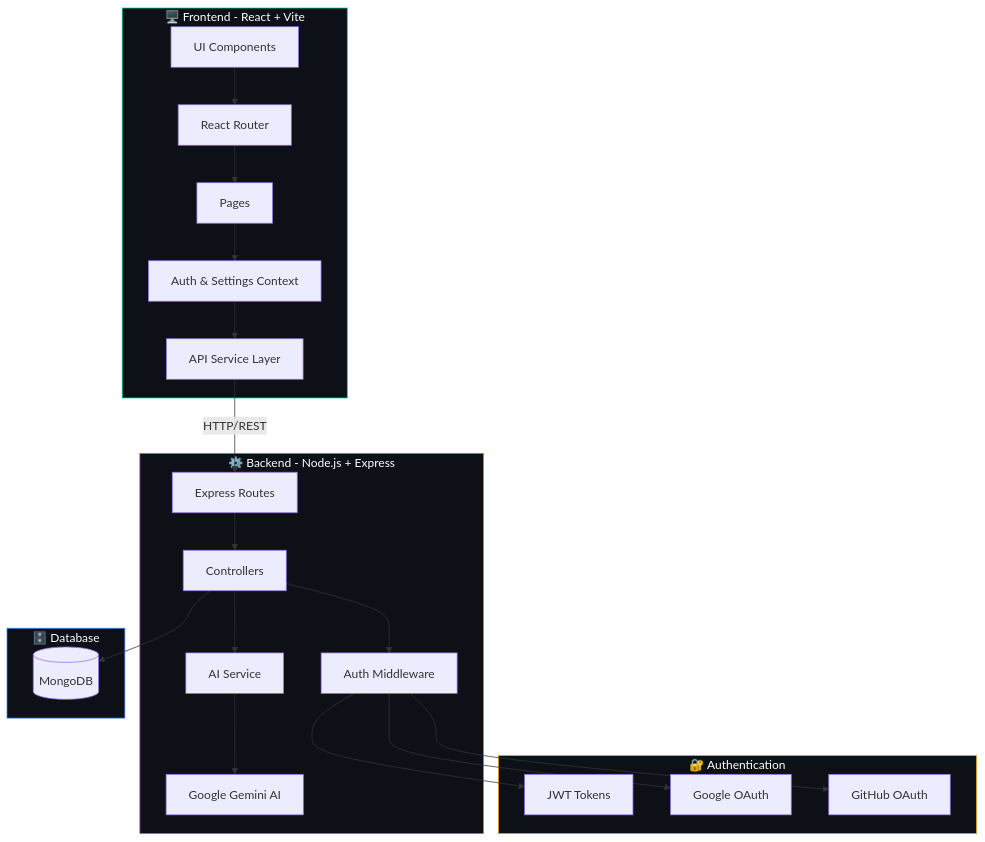
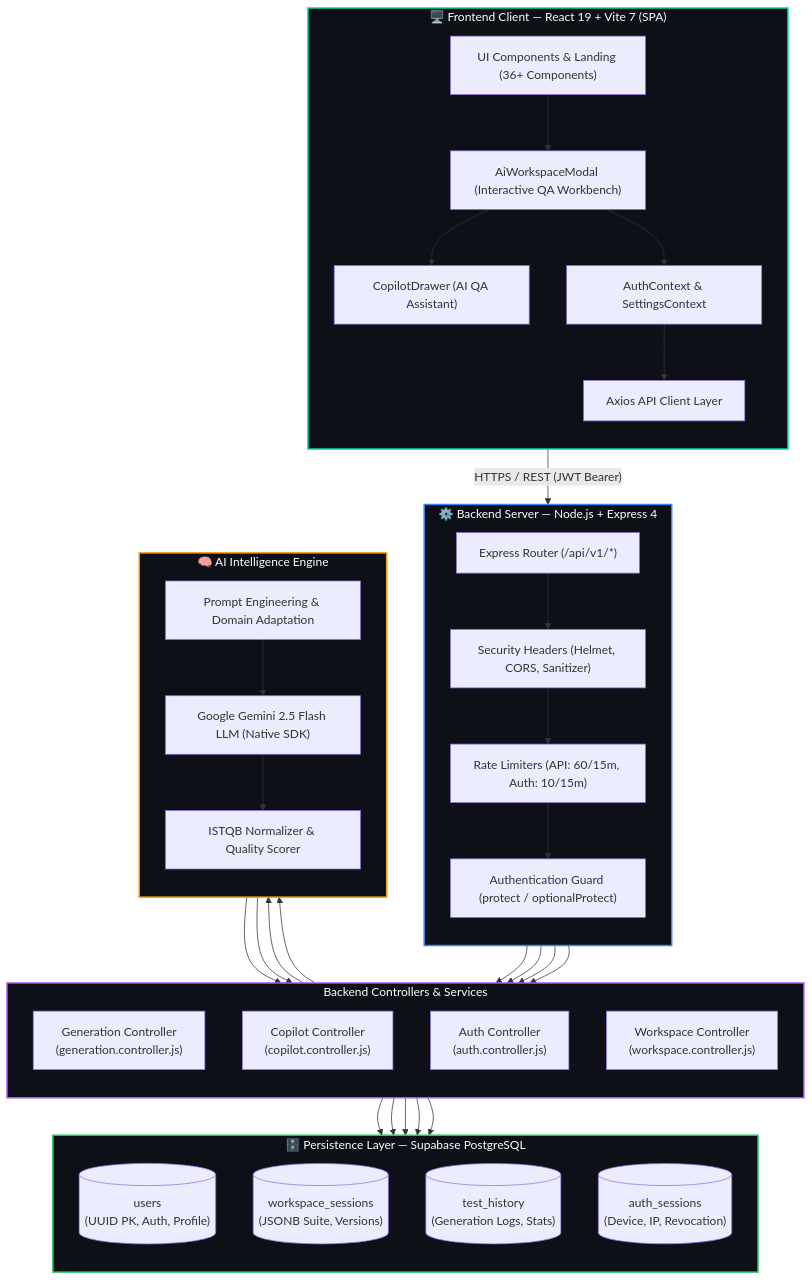
Before and after one commit to KISHOR403/Testnexa-Ai: the third of 3 diagrams in README.md, drawn with Mermaid. The commit also changed other lines of this file and 2 other files, not shown here.

````diff
--- a/README.md
+++ b/README.md
@@ -102,37 +165,77 @@
 ```mermaid
 flowchart TB
-    subgraph Frontend["🖥️ Frontend - React + Vite"]
-        UI["UI Components"] --> Router["React Router"]
-        Router --> Pages["Pages"]
-        Pages --> Context["Auth & Settings Context"]
-        Context --> API["API Service Layer"]
+    subgraph Client["🖥️ Frontend Client — React 19 + Vite 7 (SPA)"]
+        direction TB
+        UI["UI Components & Landing (36+ Components)"]
+        Modal["AiWorkspaceModal (Interactive QA Workbench)"]
+        CopilotUI["CopilotDrawer (AI QA Assistant)"]
+        State["AuthContext & SettingsContext"]
+        APIClient["Axios API Client Layer"]
+
+        UI --> Modal
+        Modal --> CopilotUI
+        Modal --> State
+        State --> APIClient
     end
 
-    subgraph Backend["⚙️ Backend - Node.js + Express"]
-        Routes["Express Routes"] --> Controllers["Controllers"]
-        Controllers --> Middleware["Auth Middleware"]
-        Controllers --> Services["AI Service"]
-        Services --> Gemini["Google Gemini AI"]
+    subgraph Gateway["⚙️ Backend Server — Node.js + Express 4"]
+        direction TB
+        Router["Express Router (/api/v1/*)"]
+        MW_Sec["Security Headers (Helmet, CORS, Sanitizer)"]
+        MW_Rate["Rate Limiters (API: 60/15m, Auth: 10/15m)"]
+        MW_Auth["Authentication Guard (protect / optionalProtect)"]
+        
+        Router --> MW_Sec
+        MW_Sec --> MW_Rate
+        MW_Rate --> MW_Auth
     end
 
-    subgraph Database["🗄️ Database"]
-        MongoDB[("MongoDB")]
+    subgraph Controllers["Backend Controllers & Services"]
+        direction TB
+        GenCtrl["Generation Controller<br/>(generation.controller.js)"]
+        CopilotCtrl["Copilot Controller<br/>(copilot.controller.js)"]
+        AuthCtrl["Auth Controller<br/>(auth.controller.js)"]
+        SessionCtrl["Workspace Controller<br/>(workspace.controller.js)"]
+        
+        MW_Auth --> GenCtrl
+        MW_Auth --> CopilotCtrl
+        MW_Auth --> AuthCtrl
+        MW_Auth --> SessionCtrl
     end
 
-    subgraph Auth["🔐 Authentication"]
-        JWT["JWT Tokens"]
-        Google["Google OAuth"]
-        GitHub["GitHub OAuth"]
+    subgraph AI["🧠 AI Intelligence Engine"]
+        direction TB
+        PromptAdapter["Prompt Engineering & Domain Adaptation"]
+        GeminiCore["Google Gemini 2.5 Flash LLM (Native SDK)"]
+        ISTQBParser["ISTQB Normalizer & Quality Scorer"]
+        
+        GenCtrl --> PromptAdapter
+        CopilotCtrl --> PromptAdapter
+        PromptAdapter --> GeminiCore
+        GeminiCore --> ISTQBParser
+        ISTQBParser --> GenCtrl
+        ISTQBParser --> CopilotCtrl
     end
 
-    API -->|HTTP/REST| Routes
-    Controllers --> MongoDB
-    Middleware --> JWT
-    Middleware --> Google
-    Middleware --> GitHub
+    subgraph Database["🗄️ Persistence Layer — Supabase PostgreSQL"]
+        direction TB
+        TabUsers[("users<br/>(UUID PK, Auth, Profile)")]
+        TabSessions[("workspace_sessions<br/>(JSONB Suite, Versions)")]
+        TabHistory[("test_history<br/>(Generation Logs, Stats)")]
+        TabAuth[("auth_sessions<br/>(Device, IP, Revocation)")]
 
-    style Frontend fill:#0d1117,stroke:#00d4aa,color:#fff
-    style Backend fill:#0d1117,stroke:#a855f7,color:#fff
-    style Database fill:#0d1117,stroke:#3b82f6,color:#fff
-    style Auth fill:#0d1117,stroke:#f59e0b,color:#fff
+        AuthCtrl --> TabUsers
+        AuthCtrl --> TabAuth
+        SessionCtrl --> TabSessions
+        GenCtrl --> TabSessions
+        GenCtrl --> TabHistory
+    end
+
+    APIClient -->|"HTTPS / REST (JWT Bearer)"| Router
+
+    style Client fill:#0d1117,stroke:#00d4aa,stroke-width:2px,color:#fff
+    style Gateway fill:#0d1117,stroke:#3b82f6,stroke-width:2px,color:#fff
+    style Controllers fill:#0d1117,stroke:#a855f7,stroke-width:2px,color:#fff
+    style AI fill:#0d1117,stroke:#f59e0b,stroke-width:2px,color:#fff
+    style Database fill:#0d1117,stroke:#22c55e,stroke-width:2px,color:#fff
 ```
````
